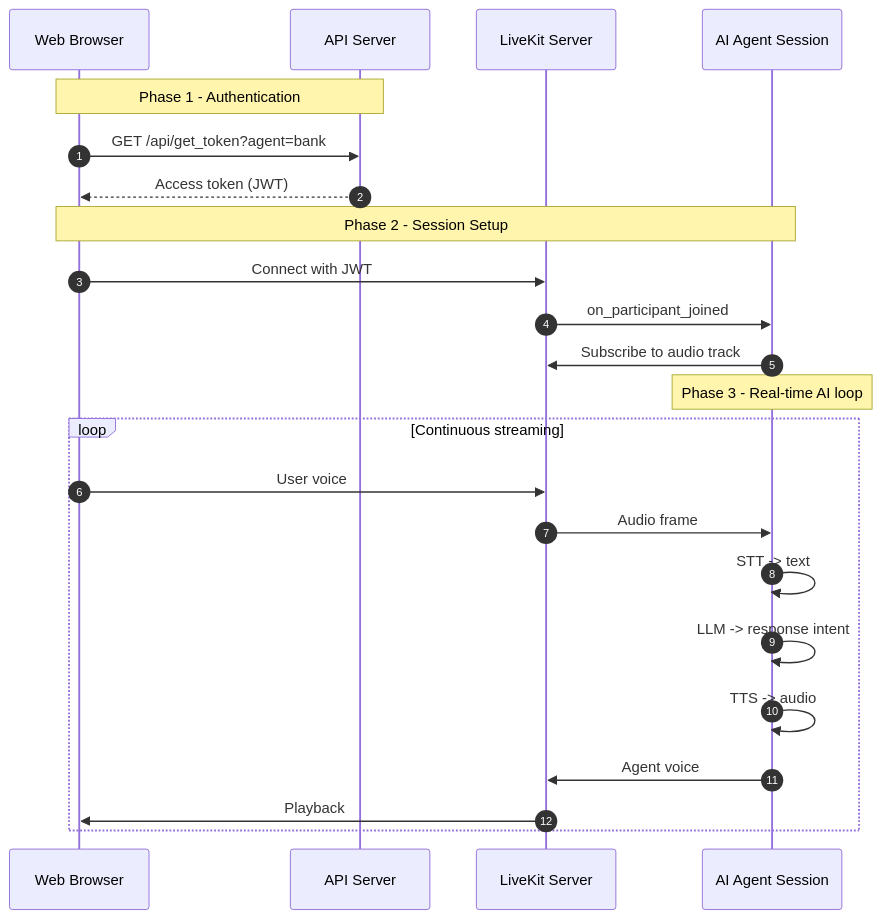
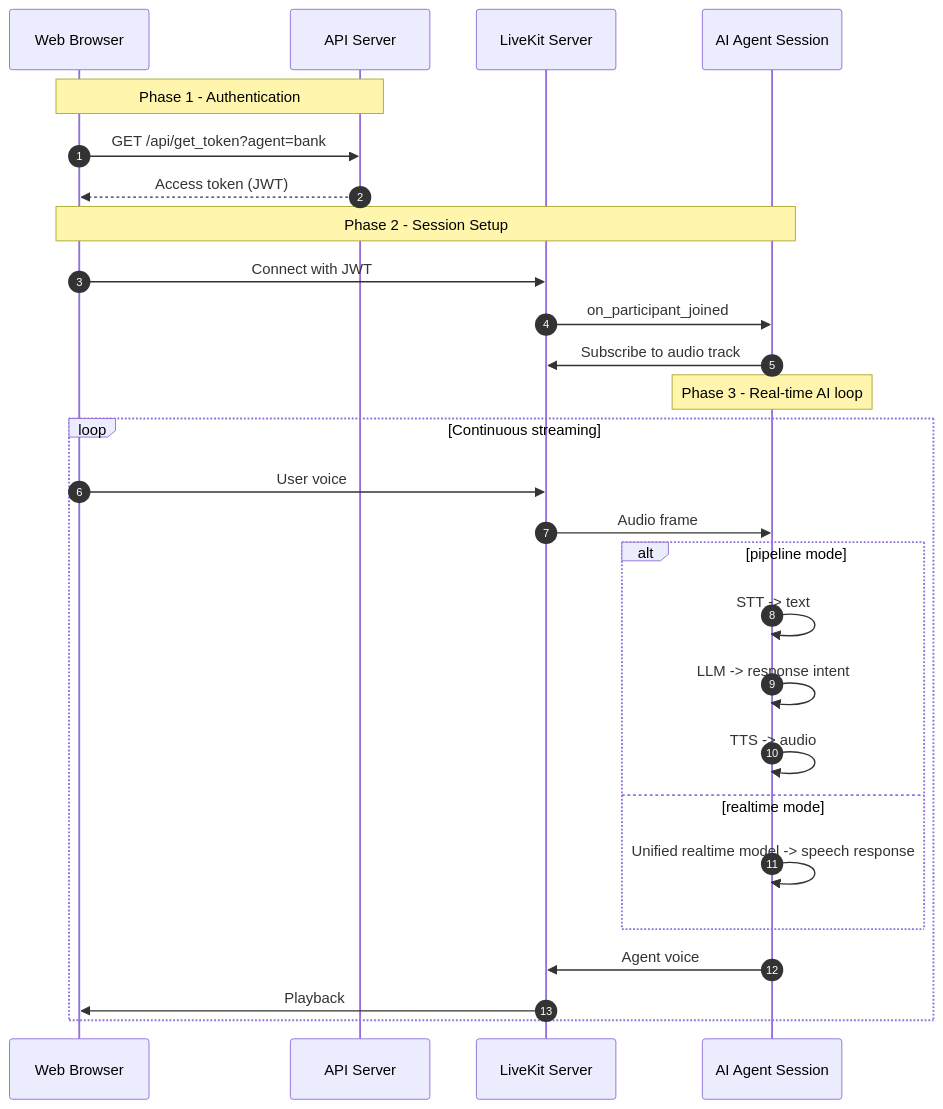
One commit to ShubhamX-AI/api_livekit changed the first of 4 diagrams in docs/architecture.md. Above: the diagram before and after it, drawn with Mermaid. The commit also changed other lines of this file and 17 other files, not shown here.

````diff
--- a/docs/architecture.md
+++ b/docs/architecture.md
@@ -11,28 +22,32 @@
 ```mermaid
 sequenceDiagram
     autonumber
     participant Web as Web Browser
     participant API as API Server
     participant LK as LiveKit Server
     participant Agent as AI Agent Session
 
     Note over Web, API: Phase 1 - Authentication
     Web->>API: GET /api/get_token?agent=bank
     API-->>Web: Access token (JWT)
 
     Note over Web, Agent: Phase 2 - Session Setup
     Web->>LK: Connect with JWT
     LK->>Agent: on_participant_joined
     Agent->>LK: Subscribe to audio track
 
     Note over Agent: Phase 3 - Real-time AI loop
     loop Continuous streaming
         Web->>LK: User voice
         LK->>Agent: Audio frame
-        Agent->>Agent: STT -> text
-        Agent->>Agent: LLM -> response intent
-        Agent->>Agent: TTS -> audio
+        alt pipeline mode
+            Agent->>Agent: STT -> text
+            Agent->>Agent: LLM -> response intent
+            Agent->>Agent: TTS -> audio
+        else realtime mode
+            Agent->>Agent: Unified realtime model -> speech response
+        end
         Agent->>LK: Agent voice
         LK->>Web: Playback
     end
 ```
````
